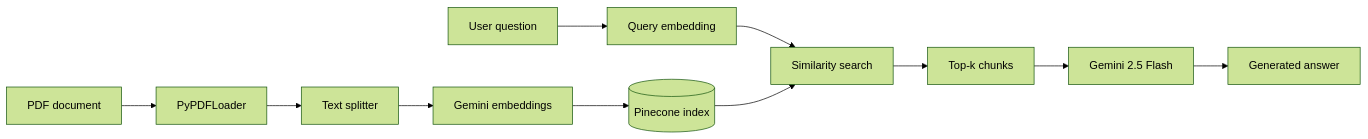
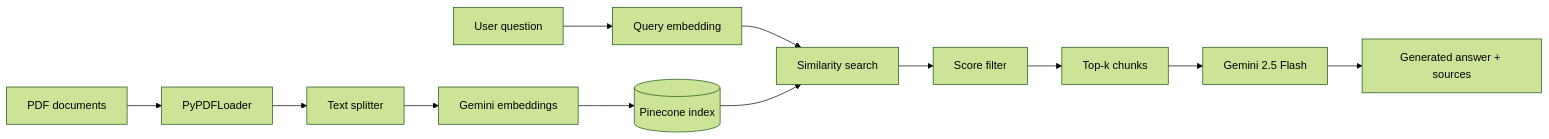
One commit to ShoshiS/RAG-project changed the diagram in README.md. Above: the diagram before and after it, drawn with Mermaid (forest theme). The commit also changed other lines of this file, not shown here.

Commit message:
Update README.md to document Streamlit app, rag_core.py, PDF_DIR, and MIN_RELEVANCE_SCORE

````diff
--- a/README.md
+++ b/README.md
@@ -9,13 +9,14 @@
 ```mermaid
 flowchart LR
-    PDF[PDF document] --> Load[PyPDFLoader]
+    PDF[PDF documents] --> Load[PyPDFLoader]
     Load --> Split[Text splitter]
     Split --> Embed[Gemini embeddings]
     Embed --> Pinecone[(Pinecone index)]
     Query[User question] --> QEmbed[Query embedding]
     QEmbed --> Search[Similarity search]
     Pinecone --> Search
-    Search --> Context[Top-k chunks]
+    Search --> Filter[Score filter]
+    Filter --> Context[Top-k chunks]
     Context --> LLM[Gemini 2.5 Flash]
-    LLM --> Answer[Generated answer]
+    LLM --> Answer[Generated answer + sources]
 ```
````
